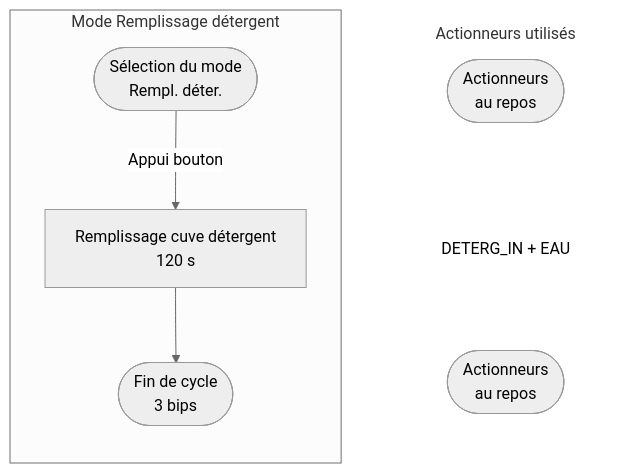
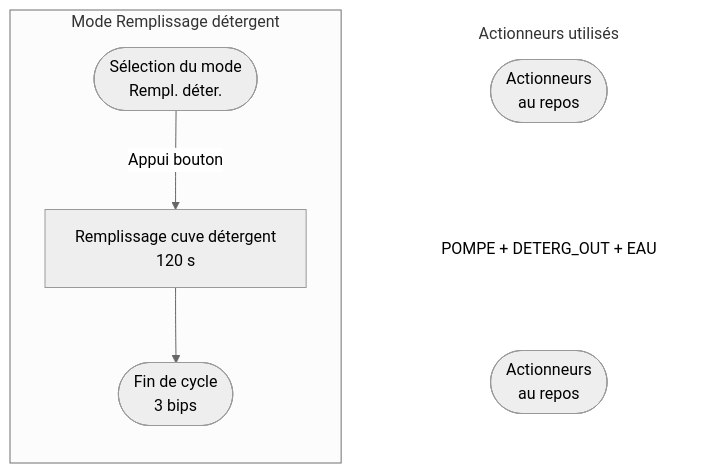
One commit to ecolab07/kegwasher changed the tenth of 11 diagrams in docs/FR/GRAFCET_TOUS_MODES.md. Above: the diagram before and after it, drawn with Mermaid (neutral theme). The commit also changed other lines of this file and 11 other files, not shown here.

````diff
--- a/docs/FR/GRAFCET_TOUS_MODES.md
+++ b/docs/FR/GRAFCET_TOUS_MODES.md
@@ -497,20 +499,20 @@
 ```mermaid
 flowchart TD
     subgraph ACTUATORS["Actionneurs utilisés"]
     direction TD
         A(["Actionneurs<br/>au repos"])
-        B("DETERG_IN&nbsp;+&nbsp;EAU")
+        B("POMPE&nbsp;+&nbsp;DETERG_OUT&nbsp;+&nbsp;EAU")
         E(["Actionneurs<br/>au repos"])
         A ~~~ |&nbsp;| B ~~~ E
     end
     style ACTUATORS fill:none,stroke:none
     style B fill:none,stroke:none
     subgraph STEPS["Mode Remplissage détergent"]
         direction TB
         Start(["Sélection du mode<br/>Rempl. déter."])
         Fill["Remplissage&nbsp;cuve&nbsp;détergent<br/>120 s"]
         End(["Fin de cycle<br/>3 bips"])
         Start -->|Appui bouton| Fill
         Fill --> End
     end
 ```
````
